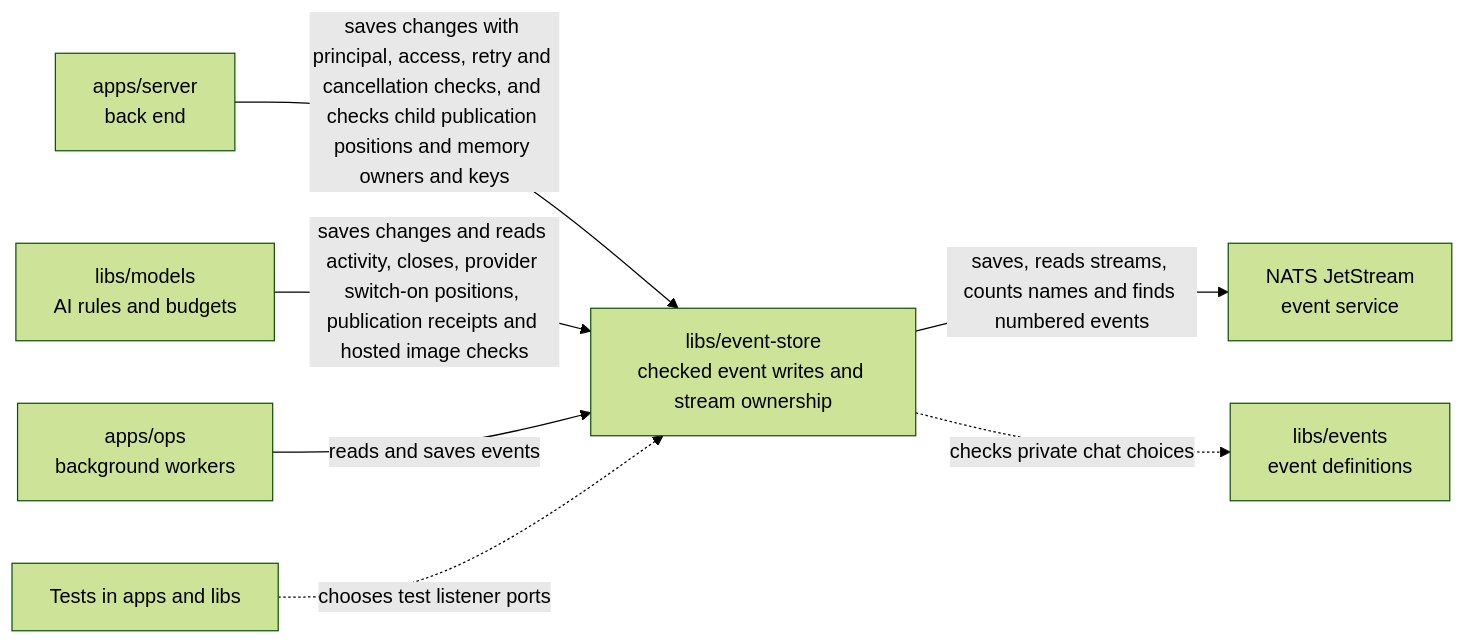
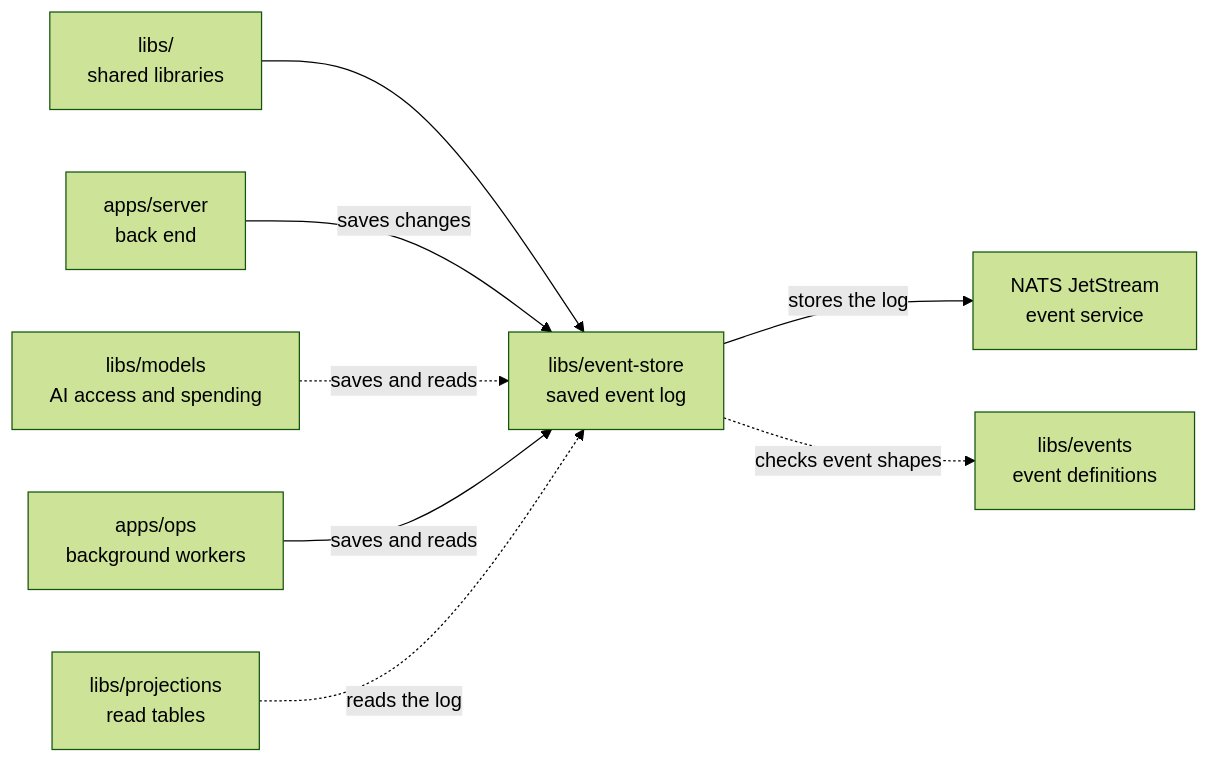
One commit to elewa-git/opencrane-new changed the diagram in libs/event-store/README.md. Above: the diagram before and after it, drawn with Mermaid (forest theme). The commit also changed other lines of this file and 8 other files, not shown here.

Commit message:
📚 Explain the shared libraries in plain language.

````diff
--- a/libs/event-store/README.md
+++ b/libs/event-store/README.md
@@ -22,9 +21,10 @@
 ```mermaid
 flowchart LR
-  server["apps/server<br/>back end"] -->|saves changes with principal, access, retry and cancellation checks, and checks child publication positions and memory owners and keys| store["libs/event-store<br/>checked event writes and stream ownership"]
-  models["libs/models<br/>AI rules and budgets"] -->|saves changes and reads activity, closes, provider switch-on positions, publication receipts and hosted image checks| store
-  ops["apps/ops<br/>background workers"] -->|reads and saves events| store
-  store -->|saves, reads streams, counts names and finds numbered events| nats["NATS JetStream<br/>event service"]
-  tests["Tests in apps and libs"] -.->|chooses test listener ports| store
-  store -.->|checks private chat choices| events["libs/events<br/>event definitions"]
+  parent["libs/<br/>shared libraries"] --> store["libs/event-store<br/>saved event log"]
+  server["apps/server<br/>back end"] -->|saves changes| store
+  models["libs/models<br/>AI access and spending"] -.->|saves and reads| store
+  ops["apps/ops<br/>background workers"] -->|saves and reads| store
+  projections["libs/projections<br/>read tables"] -.->|reads the log| store
+  store -->|stores the log| nats["NATS JetStream<br/>event service"]
+  store -.->|checks event shapes| events["libs/events<br/>event definitions"]
 ```
````
